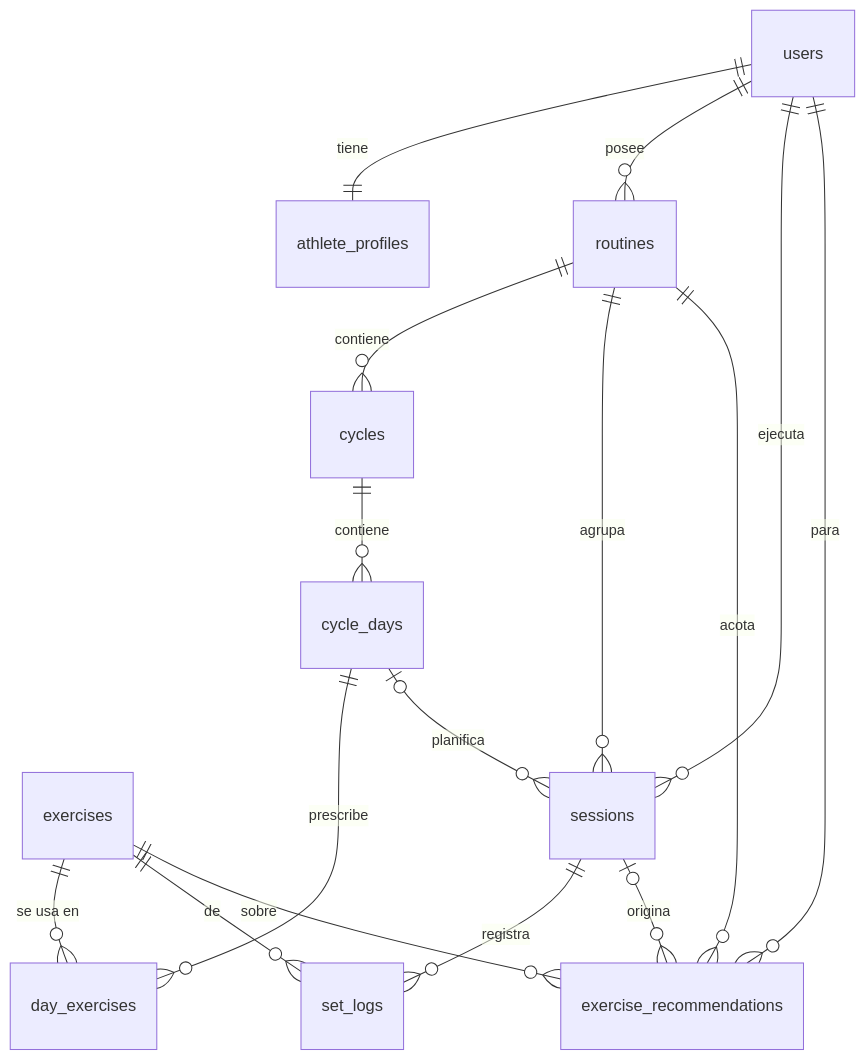
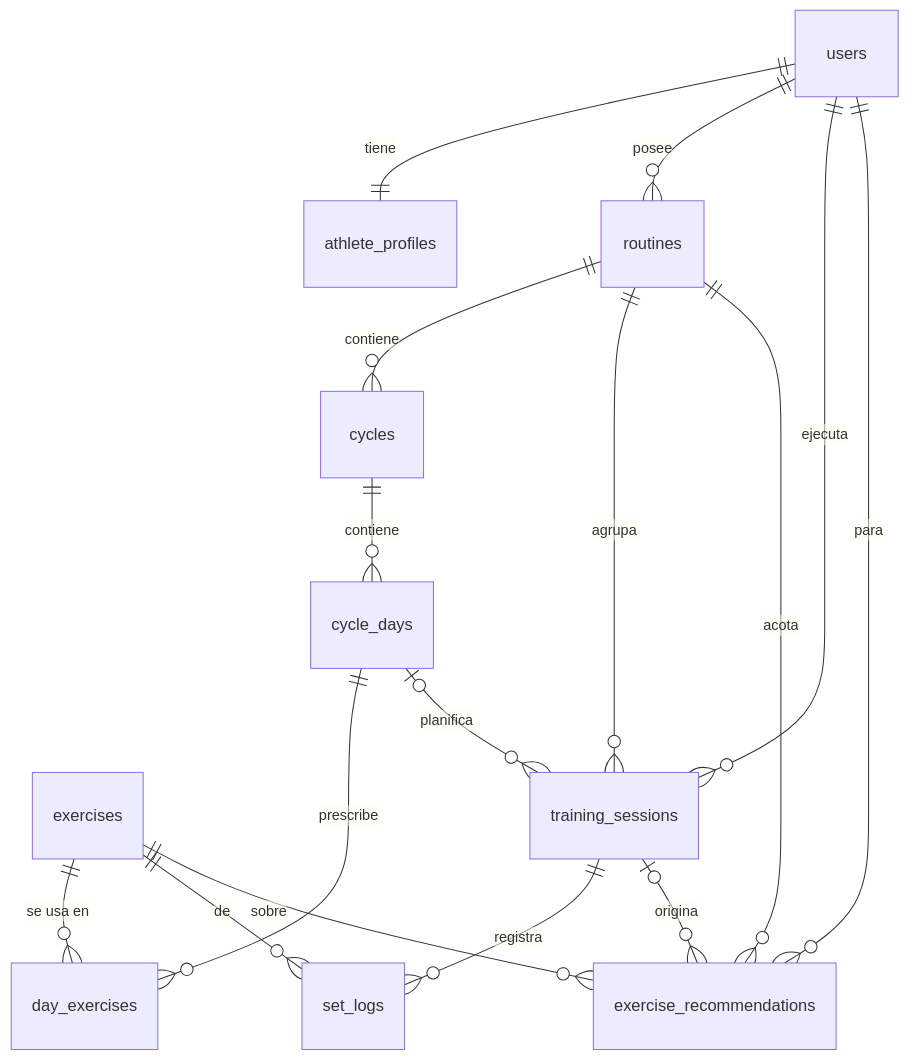
One commit to rafaelmm899/gym-trainer-api changed the diagram in docs/plans/data-model.md. Above: the diagram before and after it, drawn with Mermaid. The commit also changed other lines of this file and 33 other files, not shown here.

First line of the commit message:
feat: open a training session — POST /api/v1/routines/{routine}/sessions

````diff
--- a/docs/plans/data-model.md
+++ b/docs/plans/data-model.md
@@ -67,18 +67,18 @@
 ```mermaid
 erDiagram
     users ||--|| athlete_profiles : tiene
     users ||--o{ routines : posee
     routines ||--o{ cycles : contiene
     cycles ||--o{ cycle_days : contiene
     cycle_days ||--o{ day_exercises : prescribe
     exercises ||--o{ day_exercises : "se usa en"
-    users ||--o{ sessions : ejecuta
-    routines ||--o{ sessions : agrupa
-    cycle_days |o--o{ sessions : planifica
-    sessions ||--o{ set_logs : registra
+    users ||--o{ training_sessions : ejecuta
+    routines ||--o{ training_sessions : agrupa
+    cycle_days |o--o{ training_sessions : planifica
+    training_sessions ||--o{ set_logs : registra
     exercises ||--o{ set_logs : de
     users ||--o{ exercise_recommendations : para
     routines ||--o{ exercise_recommendations : acota
     exercises ||--o{ exercise_recommendations : sobre
-    sessions |o--o{ exercise_recommendations : origina
+    training_sessions |o--o{ exercise_recommendations : origina
 ```
````
